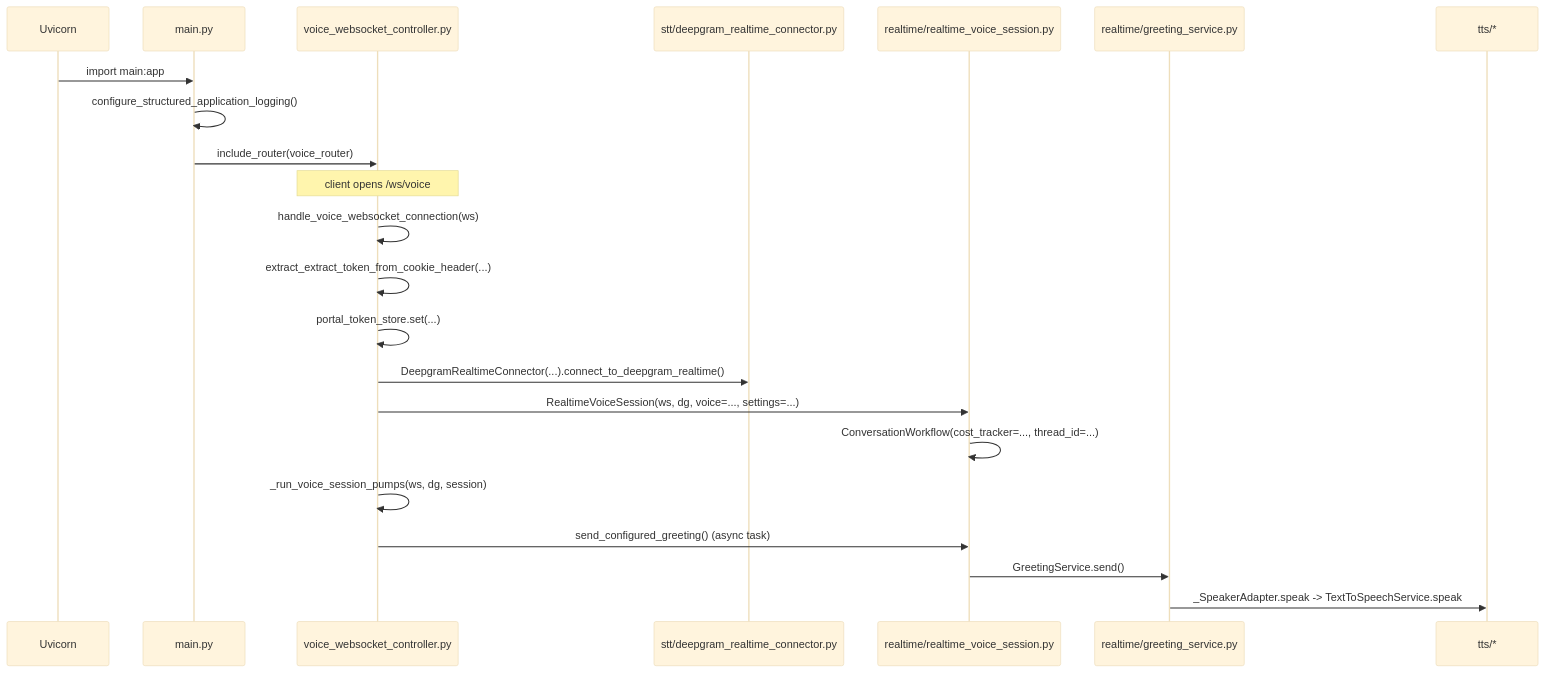
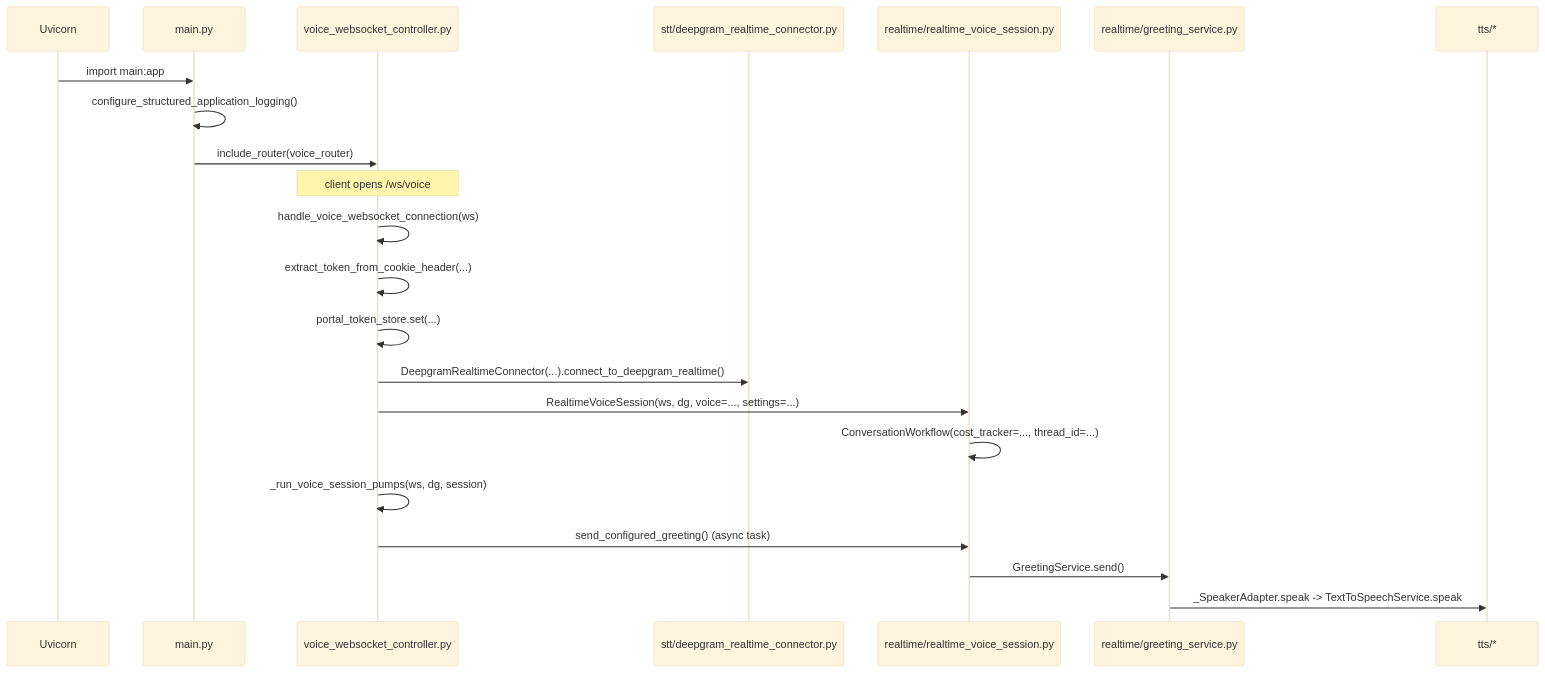
One commit to Bhanupratap0906/chatbot changed the first of 6 diagrams in ARCHITECTURE.md. Above: the diagram before and after it, drawn with Mermaid (base theme). The commit also changed other lines of this file and 5 other files, not shown here.

````diff
--- a/ARCHITECTURE.md
+++ b/ARCHITECTURE.md
@@ -356,24 +356,24 @@
 ```mermaid
 sequenceDiagram
     participant U as Uvicorn
     participant M as main.py
     participant VC as voice_websocket_controller.py
     participant STT as stt/deepgram_realtime_connector.py
     participant VS as realtime/realtime_voice_session.py
     participant G as realtime/greeting_service.py
     participant TTS as tts/*
     U->>M: import main:app
     M->>M: configure_structured_application_logging()
     M->>VC: include_router(voice_router)
     Note over VC: client opens /ws/voice
     VC->>VC: handle_voice_websocket_connection(ws)
-    VC->>VC: extract_extract_token_from_cookie_header(...)
+    VC->>VC: extract_token_from_cookie_header(...)
     VC->>VC: portal_token_store.set(...)
     VC->>STT: DeepgramRealtimeConnector(...).connect_to_deepgram_realtime()
     VC->>VS: RealtimeVoiceSession(ws, dg, voice=..., settings=...)
     VS->>VS: ConversationWorkflow(cost_tracker=..., thread_id=...)
     VC->>VC: _run_voice_session_pumps(ws, dg, session)
     VC->>VS: send_configured_greeting() (async task)
     VS->>G: GreetingService.send()
     G->>TTS: _SpeakerAdapter.speak -> TextToSpeechService.speak
 ```
````
